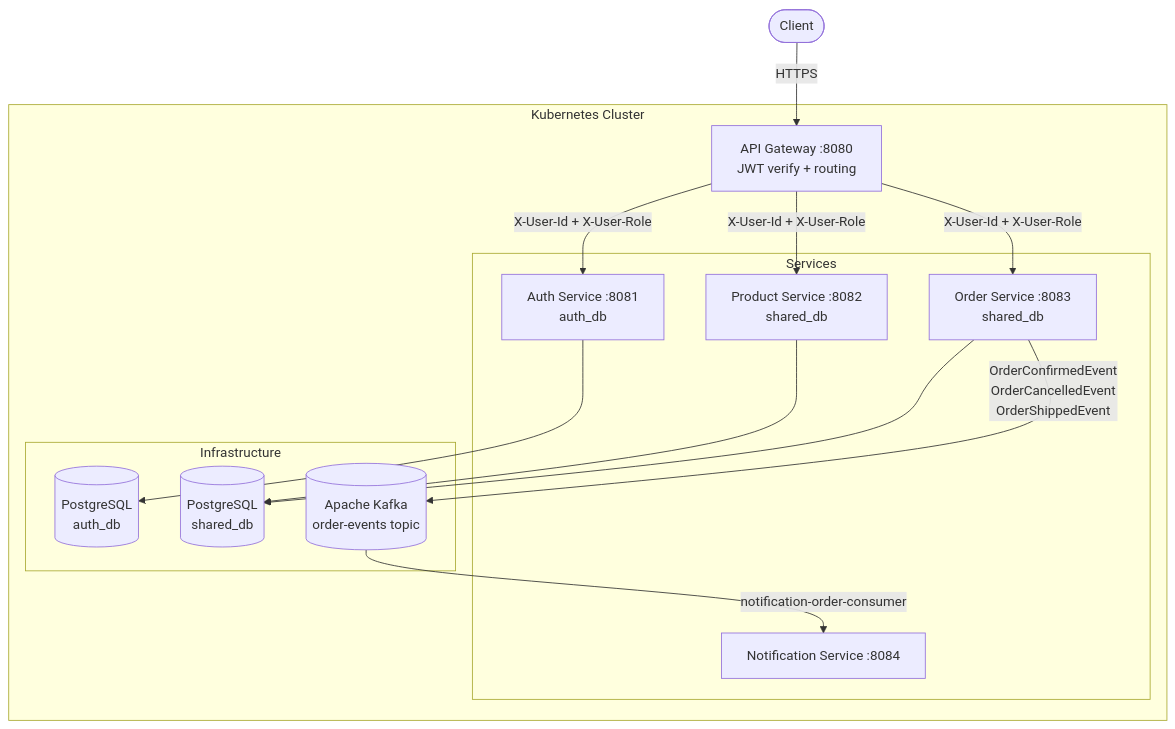
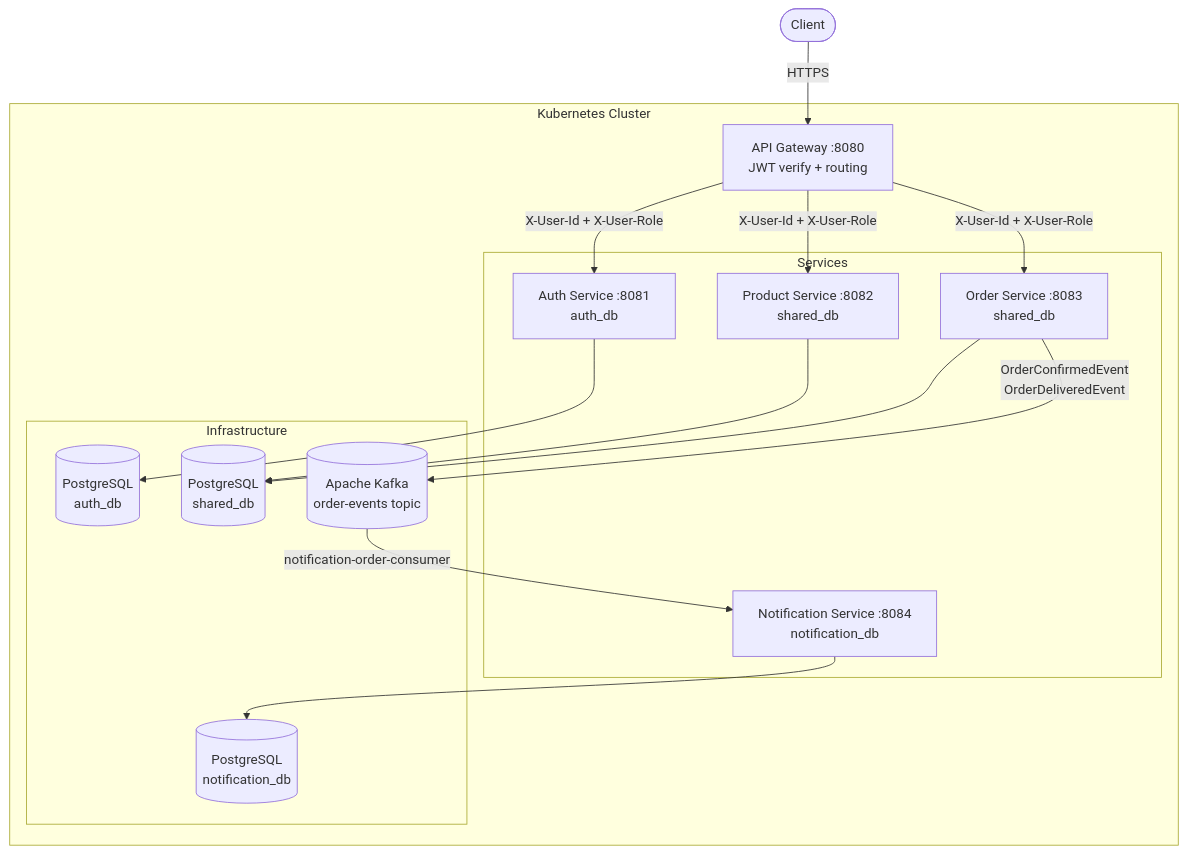
One commit to Arayikdev/OmniShop changed the first of 2 diagrams in README.md. Above: the diagram before and after it, drawn with Mermaid.

Commit message:
Add notification_db to architecture diagram

````diff
--- a/README.md
+++ b/README.md
@@ -61,31 +61,33 @@
 ```mermaid
 graph TB
     Client(["Client"])
 
     subgraph Kubernetes Cluster
         GW["API Gateway :8080<br/>JWT verify + routing"]
 
         subgraph Services
             AUTH["Auth Service :8081<br/>auth_db"]
             PRODUCT["Product Service :8082<br/>shared_db"]
             ORDER["Order Service :8083<br/>shared_db"]
-            NOTIFY["Notification Service :8084"]
+            NOTIFY["Notification Service :8084<br/>notification_db"]
         end
 
         subgraph Infrastructure
             KAFKA[("Apache Kafka<br/>order-events topic")]
             PGAUTH[("PostgreSQL<br/>auth_db")]
             PGSHARED[("PostgreSQL<br/>shared_db")]
+            PGNOTIFICATION[("PostgreSQL<br/>notification_db")]
         end
     end
 
     Client -->|HTTPS| GW
     GW -->|X-User-Id + X-User-Role| AUTH
     GW -->|X-User-Id + X-User-Role| PRODUCT
     GW -->|X-User-Id + X-User-Role| ORDER
     AUTH --> PGAUTH
     PRODUCT --> PGSHARED
     ORDER --> PGSHARED
-    ORDER -->|OrderConfirmedEvent<br/>OrderCancelledEvent<br/>OrderShippedEvent| KAFKA
+    ORDER -->|OrderConfirmedEvent<br/>OrderDeliveredEvent| KAFKA
     KAFKA -->|notification-order-consumer| NOTIFY
+    NOTIFY --> PGNOTIFICATION
 ```
````
